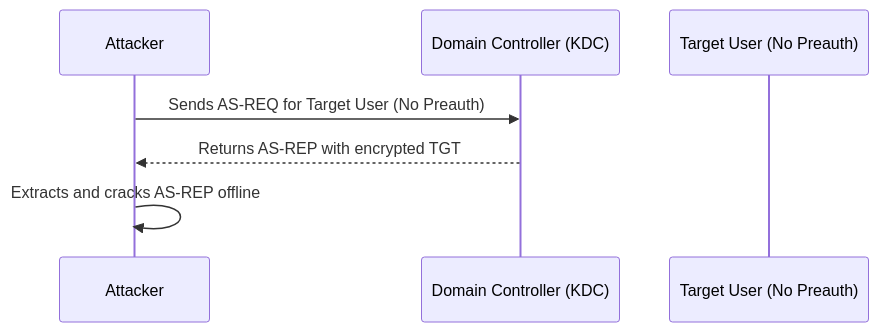
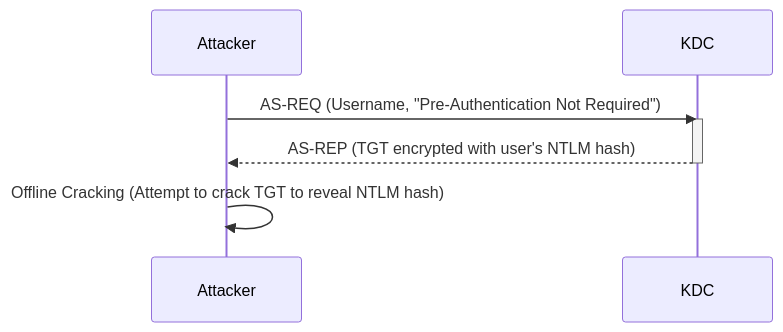
Before and after one commit to krovs/oscp-notes: the second of 4 diagrams in docs/19_ad_exploitation.md, drawn with Mermaid. The commit also changed other lines of this file and 1 other file, not shown here.

Commit message:
Add Kerberos basic auth and update diagrams

````diff
--- a/docs/19_ad_exploitation.md
+++ b/docs/19_ad_exploitation.md
@@ -28,10 +50,12 @@
 ```mermaid
 sequenceDiagram
     participant Attacker
-    participant Domain Controller (KDC)
-    participant Target User (No Preauth)
+    participant KDC
 
-    Attacker->>Domain Controller (KDC): Sends AS-REQ for Target User (No Preauth)
-    Domain Controller (KDC)-->>Attacker: Returns AS-REP with encrypted TGT
-    Attacker->>Attacker: Extracts and cracks AS-REP offline
+    Attacker->>KDC: AS-REQ (Username, "Pre-Authentication Not Required")
+    activate KDC
+    KDC-->>Attacker: AS-REP (TGT encrypted with user's NTLM hash)
+    deactivate KDC
+
+    Attacker->>Attacker: Offline Cracking (Attempt to crack TGT to reveal NTLM hash)
 ```
````
